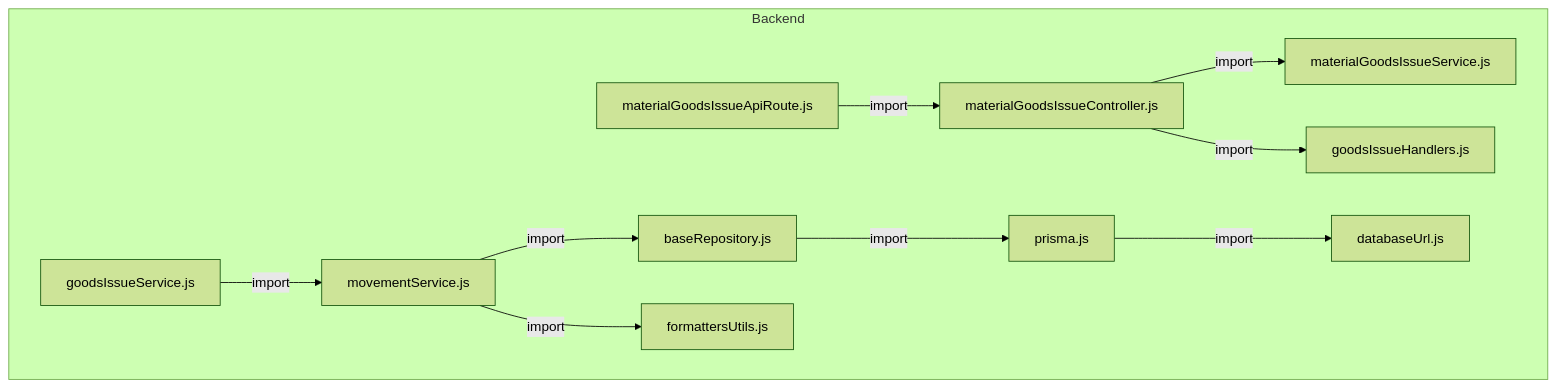
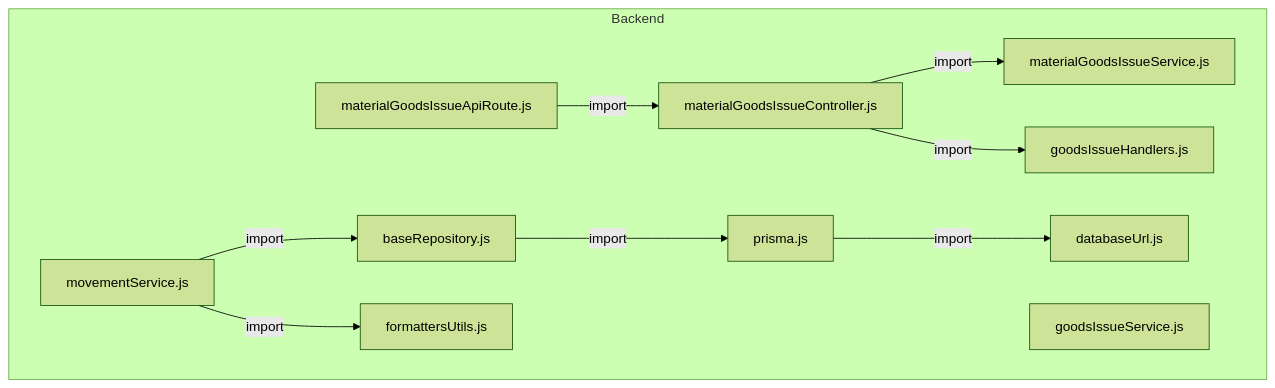
One commit to gpgsistemas01/nexus changed the first of 4 diagrams in docs/architecture/views/processes/backend-code-sequences/issues/cu-sal-02.md. Above: the diagram before and after it, drawn with Mermaid (forest theme). The commit also changed 122 other files, not shown here.

````diff
--- a/docs/architecture/views/processes/backend-code-sequences/issues/cu-sal-02.md
+++ b/docs/architecture/views/processes/backend-code-sequences/issues/cu-sal-02.md
@@ -53,23 +53,22 @@
 ```mermaid
 flowchart TB
     subgraph Component0["Backend"]
         FileMaterialGoodsIssueController["materialGoodsIssueController.js"]
         Controller["goodsIssueHandlers.js"]
         FileDatabaseUrl["databaseUrl.js"]
         FilePrisma["prisma.js"]
         FileBaseRepository["baseRepository.js"]
         Route["materialGoodsIssueApiRoute.js"]
         Inventory["movementService.js"]
         Core["goodsIssueService.js"]
         Facade["materialGoodsIssueService.js"]
         Formatter["formattersUtils.js"]
     end
     FileMaterialGoodsIssueController -->|import| Facade
     FileMaterialGoodsIssueController -->|import| Controller
     FilePrisma -->|import| FileDatabaseUrl
     FileBaseRepository -->|import| FilePrisma
     Route -->|import| FileMaterialGoodsIssueController
     Inventory -->|import| FileBaseRepository
     Inventory -->|import| Formatter
-    Core -->|import| Inventory
 ```
````
